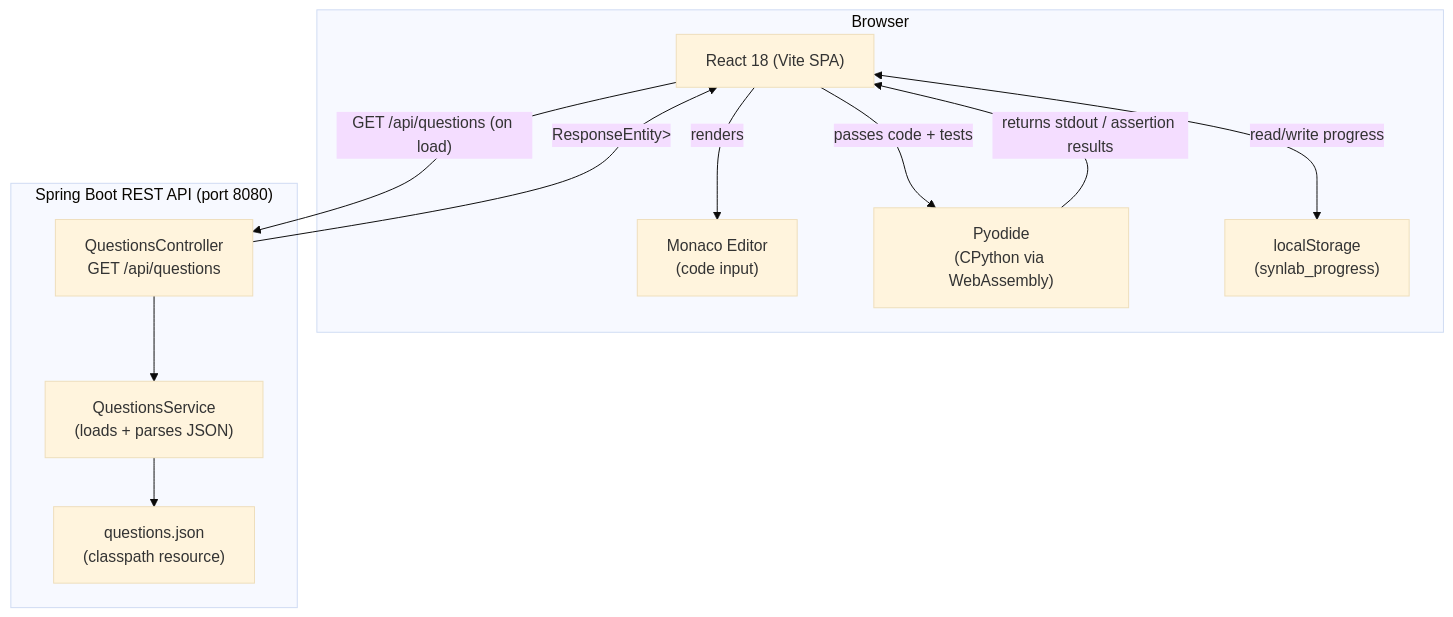
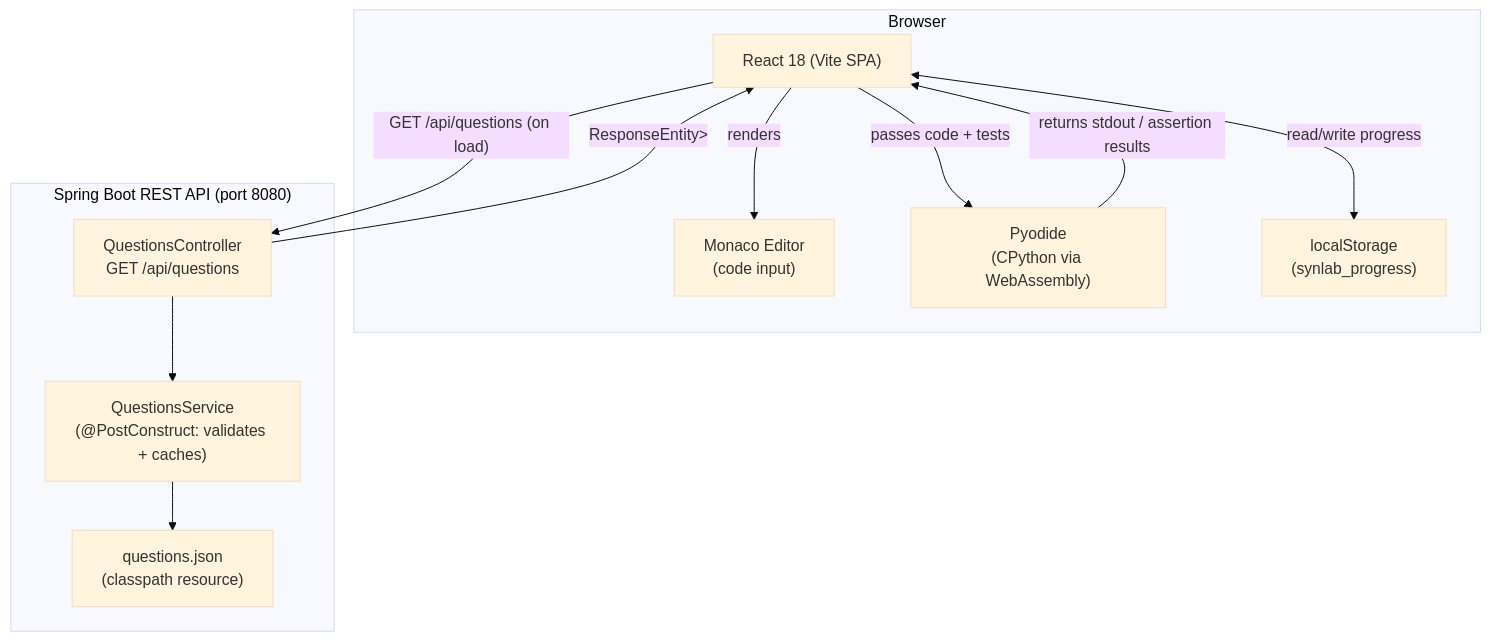
Before and after one commit to nandohtorres/syntaxLab: the diagram in ARCHITECTURE.md, drawn with Mermaid (base theme). The commit also changed other lines of this file and 5 other files, not shown here.

````diff
--- a/ARCHITECTURE.md
+++ b/ARCHITECTURE.md
@@ -15,26 +15,26 @@
 ```mermaid
 graph TD
     subgraph Browser
         React["React 18 (Vite SPA)"]
         Monaco["Monaco Editor\n(code input)"]
         Pyodide["Pyodide\n(CPython via WebAssembly)"]
         LS["localStorage\n(synlab_progress)"]
 
         React -->|renders| Monaco
         React -->|passes code + tests| Pyodide
         Pyodide -->|returns stdout / assertion results| React
         React <-->|read/write progress| LS
     end
 
     subgraph SpringBoot ["Spring Boot REST API (port 8080)"]
         Controller["QuestionsController\nGET /api/questions"]
-        Service["QuestionsService\n(loads + parses JSON)"]
+        Service["QuestionsService\n(@PostConstruct: validates + caches)"]
         JSON["questions.json\n(classpath resource)"]
 
         Controller --> Service
         Service --> JSON
     end
 
     React -->|"GET /api/questions (on load)"| Controller
     Controller -->|"ResponseEntity<List<Question>>"| React
 ```
````
